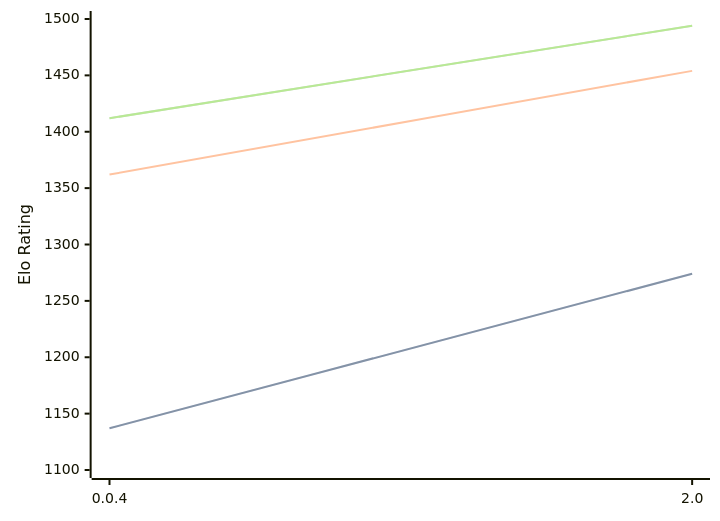
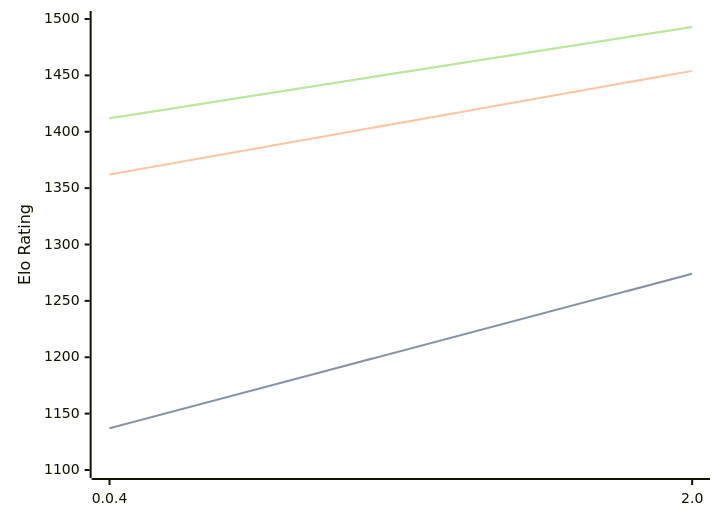
Before and after one commit to computer-chess-index/cci: the diagram in engines/Oops!Mate.md, drawn with Mermaid. The commit also changed other lines of this file, not shown here.

Commit message:
Update CCI Ratings (ELO VLTC) - 2026-09-23

````diff
--- a/engines/Oops!Mate.md
+++ b/engines/Oops!Mate.md
@@ -33,11 +33,11 @@
 ```mermaid
 %%{init: {"theme":"base","themeVariables":{"seriesColors:['#a3a3a3','#222221','#faa371']}}}%%
 xychart-beta
   x-axis ["0.0.4", "2.0"]
   y-axis "Elo Rating" 1100 --> 1500
   line "" [1137, 1274]
   line "STC (8.0+0.08s)" [1137, 1274]
   line "LTC (60.0+0.60s)" [1362, 1454]
-  line "" [1412, 1494]
-  line "VLTC (2m24s+1.12s)" [1412, 1494]
+  line "" [1412, 1493]
+  line "VLTC (2m24s+1.12s)" [1412, 1493]
 ```
````
